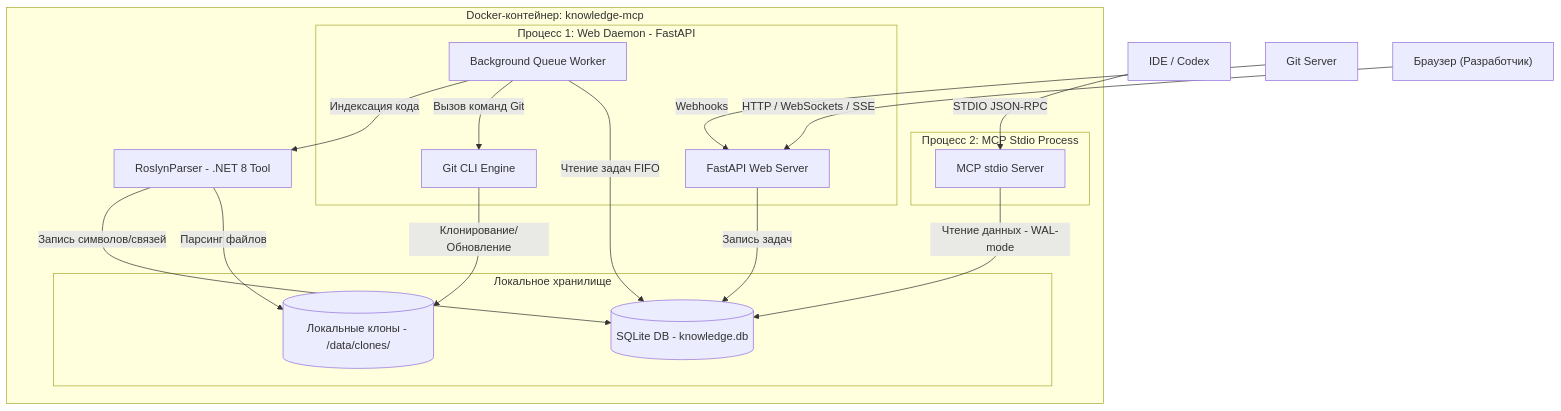
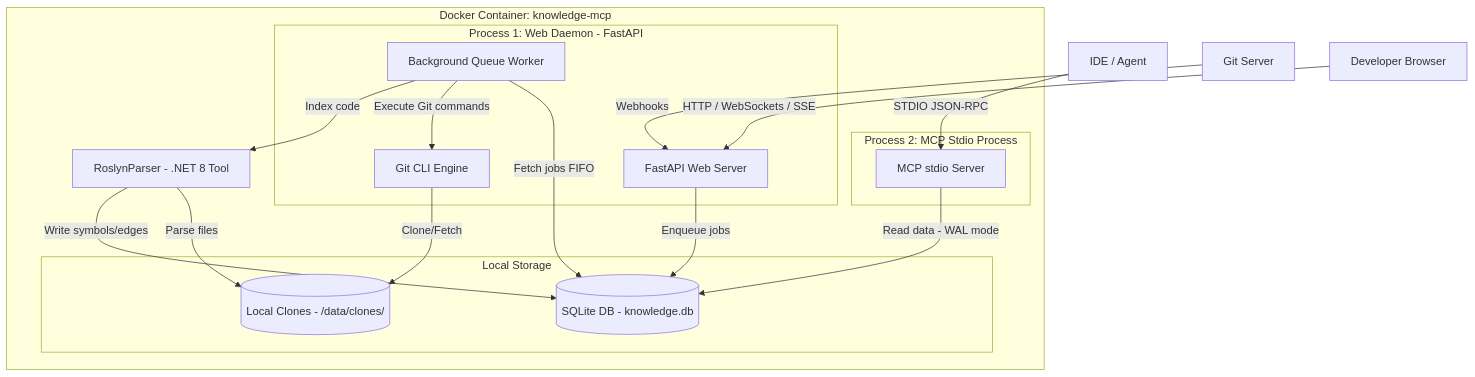
The second of 3 diagrams in _bmad-output/planning-artifacts/architecture/architecture-knowledgebase-mcp-2026-06-30/solution_design.md (PaulTheSecond/knowledgebase-mcp), drawn with Mermaid before and after one commit. The commit also changed other lines of this file and 33 other files, not shown here.

Commit message:
docs: translate architecture specifications and ADRs to Russian

````diff
--- a/_bmad-output/planning-artifacts/architecture/architecture-knowledgebase-mcp-2026-06-30/solution_design.md
+++ b/_bmad-output/planning-artifacts/architecture/architecture-knowledgebase-mcp-2026-06-30/solution_design.md
@@ -35,34 +35,34 @@
 ```mermaid
 flowchart TB
-    subgraph DockerContainer ["Docker-контейнер: knowledge-mcp"]
-        subgraph WebDaemon ["Процесс 1: Web Daemon - FastAPI"]
+    subgraph DockerContainer ["Docker Container: knowledge-mcp"]
+        subgraph WebDaemon ["Process 1: Web Daemon - FastAPI"]
             FastAPI["FastAPI Web Server"]
             Worker["Background Queue Worker"]
             GitCLI["Git CLI Engine"]
         end
 
-        subgraph MCPClient ["Процесс 2: MCP Stdio Process"]
+        subgraph MCPClient ["Process 2: MCP Stdio Process"]
             MCPServer["MCP stdio Server"]
         end
 
-        subgraph Storage ["Локальное хранилище"]
+        subgraph Storage ["Local Storage"]
             DB[("SQLite DB - knowledge.db")]
-            Clones[("Локальные клоны - /data/clones/")]
+            Clones[("Local Clones - /data/clones/")]
         end
 
         Roslyn["RoslynParser - .NET 8 Tool"]
     end
 
-    IDEClient["IDE / Codex"] -->|STDIO JSON-RPC| MCPServer
+    IDEClient["IDE / Agent"] -->|STDIO JSON-RPC| MCPServer
     GitServer["Git Server"] -->|Webhooks| FastAPI
-    Browser["Браузер (Разработчик)"] -->|HTTP / WebSockets / SSE| FastAPI
+    Browser["Developer Browser"] -->|HTTP / WebSockets / SSE| FastAPI
 
-    FastAPI -->|Запись задач| DB
-    Worker -->|Чтение задач FIFO| DB
-    Worker -->|Вызов команд Git| GitCLI
-    GitCLI -->|Клонирование/Обновление| Clones
-    Worker -->|Индексация кода| Roslyn
-    Roslyn -->|Парсинг файлов| Clones
-    Roslyn -->|Запись символов/связей| DB
-    MCPServer -->|Чтение данных - WAL-mode| DB
+    FastAPI -->|Enqueue jobs| DB
+    Worker -->|Fetch jobs FIFO| DB
+    Worker -->|Execute Git commands| GitCLI
+    GitCLI -->|Clone/Fetch| Clones
+    Worker -->|Index code| Roslyn
+    Roslyn -->|Parse files| Clones
+    Roslyn -->|Write symbols/edges| DB
+    MCPServer -->|Read data - WAL mode| DB
 ```
````
